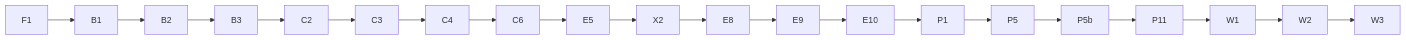
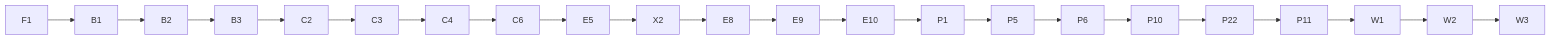
Before and after one commit to AhmedNazihX/Klar: the diagram in docs/BACKLOG.md, drawn with Mermaid. The commit also changed other lines of this file and 6 other files, not shown here.

````diff
--- a/docs/BACKLOG.md
+++ b/docs/BACKLOG.md
@@ -42,4 +42,4 @@
 ```mermaid
 flowchart LR
-  F1 --> B1 --> B2 --> B3 --> C2 --> C3 --> C4 --> C6 --> E5 --> X2 --> E8 --> E9 --> E10 --> P1 --> P5 --> P5b --> P11 --> W1 --> W2 --> W3
+  F1 --> B1 --> B2 --> B3 --> C2 --> C3 --> C4 --> C6 --> E5 --> X2 --> E8 --> E9 --> E10 --> P1 --> P5 --> P6 --> P10 --> P22 --> P11 --> W1 --> W2 --> W3
 ```
````
